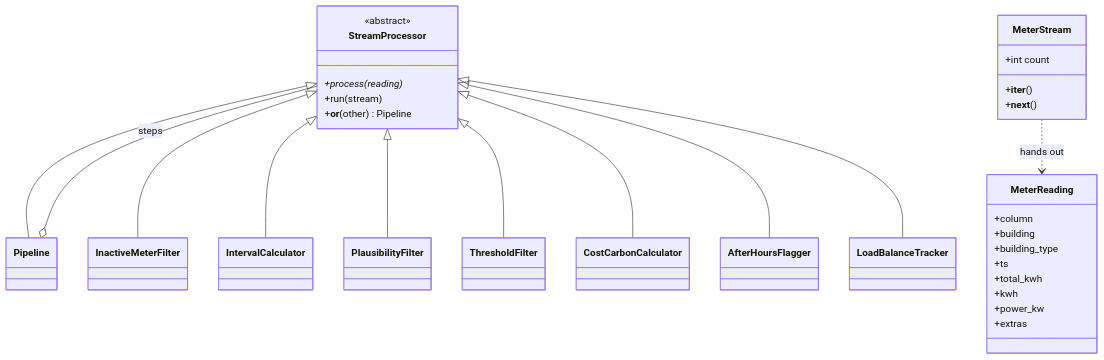
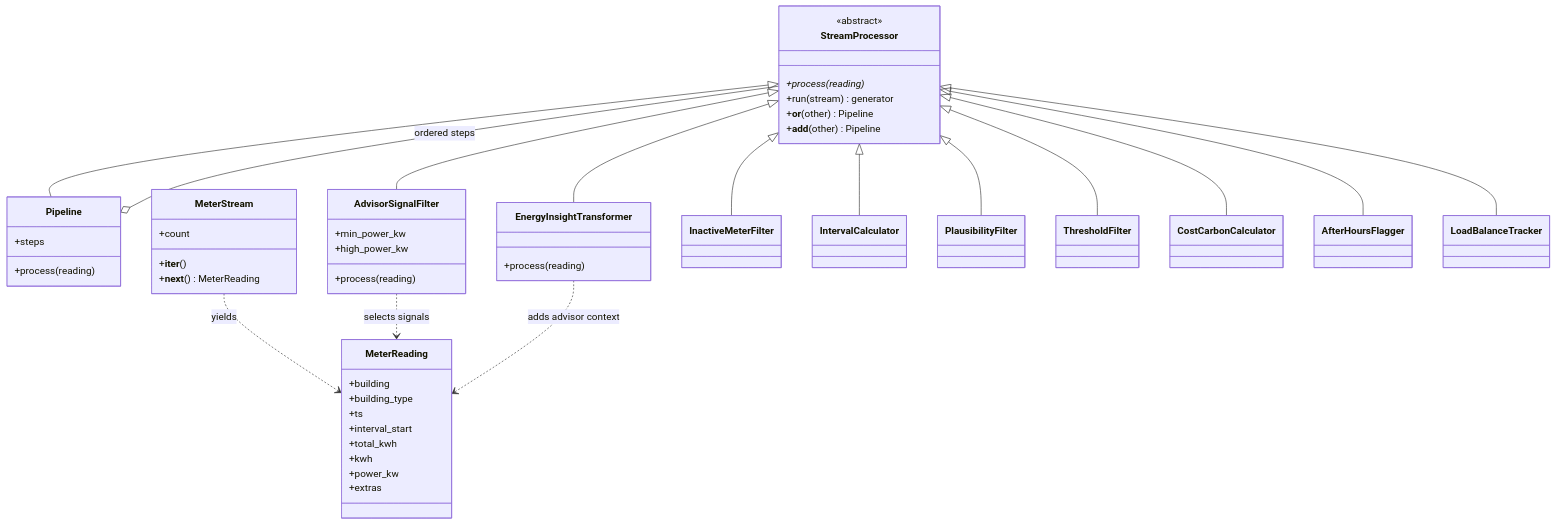
Before and after one commit to shre-afk/Capstone_project: the diagram in hometask_assignments/hometask2/readme.md, drawn with Mermaid. The commit also changed other lines of this file and 10 other files, not shown here.

Commit message:
Add advisor stream processors and correct interval timing

````diff
--- a/hometask_assignments/hometask2/readme.md
+++ b/hometask_assignments/hometask2/readme.md
@@ -22,34 +38,51 @@
 ```mermaid
 classDiagram
     class StreamProcessor {
         <<abstract>>
         +process(reading)*
-        +run(stream)
+        +run(stream) generator
         +__or__(other) Pipeline
+        +__add__(other) Pipeline
+    }
+    class Pipeline {
+        +steps
+        +process(reading)
+    }
+    class MeterStream {
+        +count
+        +__iter__()
+        +__next__() MeterReading
+    }
+    class MeterReading {
+        +building
+        +building_type
+        +ts
+        +interval_start
+        +total_kwh
+        +kwh
+        +power_kw
+        +extras
+    }
+    class AdvisorSignalFilter {
+        +min_power_kw
+        +high_power_kw
+        +process(reading)
+    }
+    class EnergyInsightTransformer {
+        +process(reading)
     }
     StreamProcessor <|-- Pipeline
     StreamProcessor <|-- InactiveMeterFilter
     StreamProcessor <|-- IntervalCalculator
     StreamProcessor <|-- PlausibilityFilter
     StreamProcessor <|-- ThresholdFilter
     StreamProcessor <|-- CostCarbonCalculator
     StreamProcessor <|-- AfterHoursFlagger
     StreamProcessor <|-- LoadBalanceTracker
-    Pipeline o-- StreamProcessor : steps
-    class MeterStream {
-        +int count
-        +__iter__()
-        +__next__()
-    }
-    class MeterReading {
-        +column
-        +building
-        +building_type
-        +ts
-        +total_kwh
-        +kwh
-        +power_kw
-        +extras
-    }
-    MeterStream ..> MeterReading : hands out
+    StreamProcessor <|-- AdvisorSignalFilter
+    StreamProcessor <|-- EnergyInsightTransformer
+    Pipeline o-- StreamProcessor : ordered steps
+    MeterStream ..> MeterReading : yields
+    AdvisorSignalFilter ..> MeterReading : selects signals
+    EnergyInsightTransformer ..> MeterReading : adds advisor context
 ```
````
